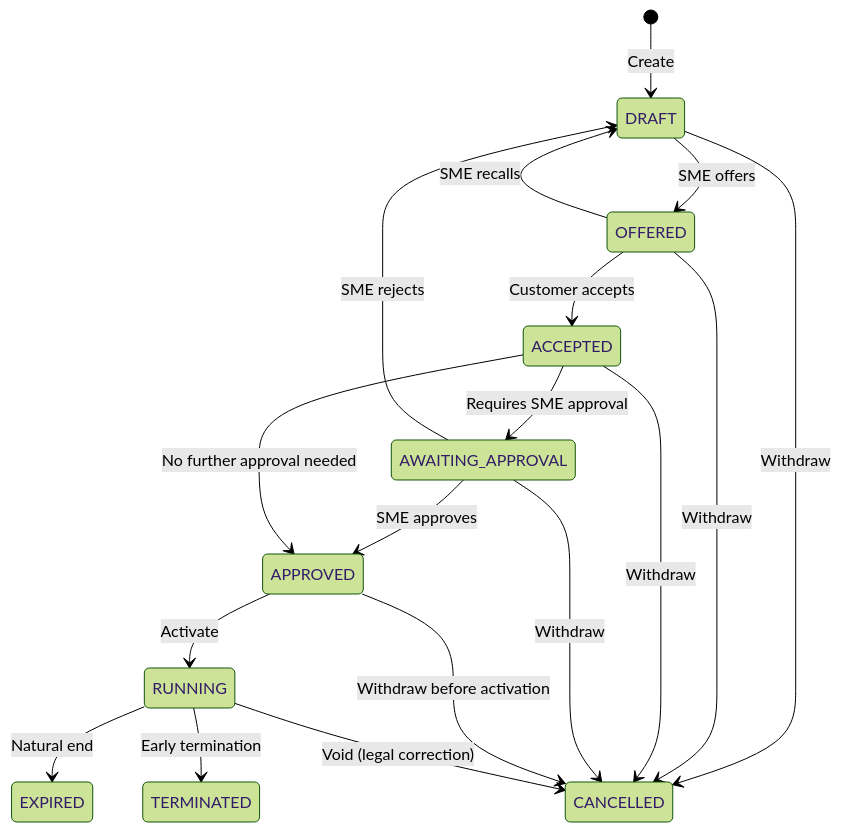
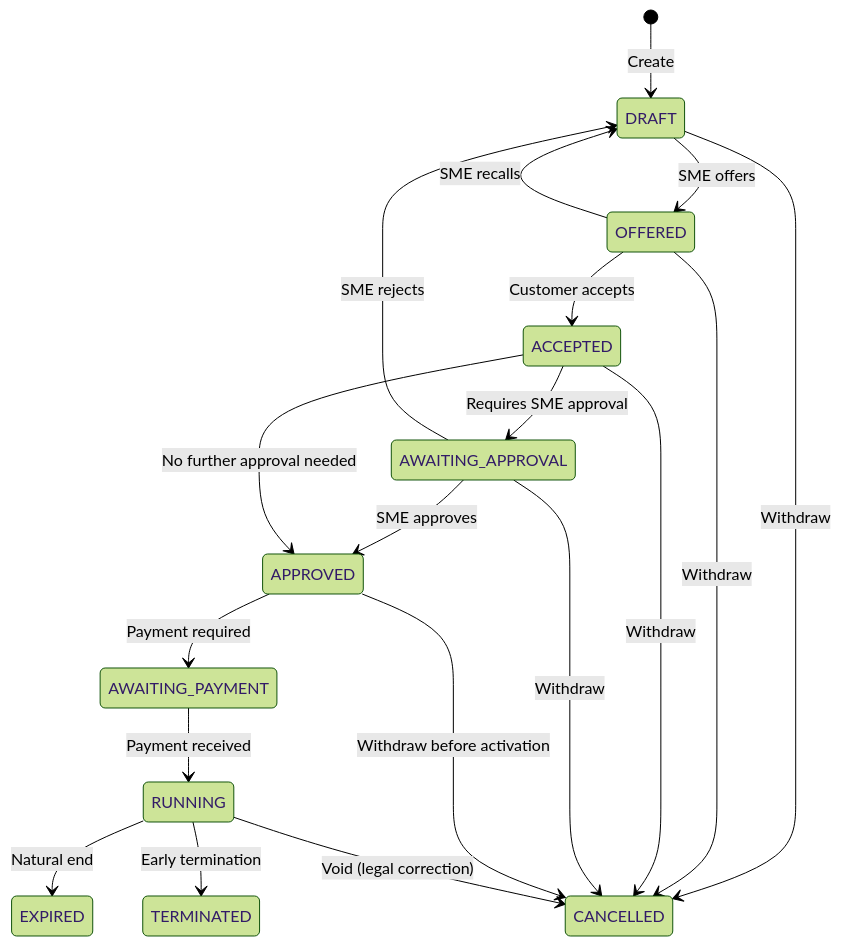
The second of 3 diagrams in docs/DESIGN_OF_CONTRACTS.md (abstratium-dev/abstrapact), drawn with Mermaid (forest theme) before and after one commit. The commit also changed other lines of this file and 11 other files, not shown here.

````diff
--- a/docs/DESIGN_OF_CONTRACTS.md
+++ b/docs/DESIGN_OF_CONTRACTS.md
@@ -187,20 +190,21 @@
 ```mermaid
 stateDiagram-v2
     [*] --> DRAFT : Create
     DRAFT --> OFFERED : SME offers
     OFFERED --> DRAFT : SME recalls
     OFFERED --> ACCEPTED : Customer accepts
     ACCEPTED --> AWAITING_APPROVAL : Requires SME approval
     AWAITING_APPROVAL --> APPROVED : SME approves
     AWAITING_APPROVAL --> DRAFT : SME rejects
     ACCEPTED --> APPROVED : No further approval needed
-    APPROVED --> RUNNING : Activate
+    APPROVED --> AWAITING_PAYMENT : Payment required
+    AWAITING_PAYMENT --> RUNNING : Payment received
     RUNNING --> EXPIRED : Natural end
     RUNNING --> TERMINATED : Early termination
     DRAFT --> CANCELLED : Withdraw
     OFFERED --> CANCELLED : Withdraw
     ACCEPTED --> CANCELLED : Withdraw
     AWAITING_APPROVAL --> CANCELLED : Withdraw
     APPROVED --> CANCELLED : Withdraw before activation
     RUNNING --> CANCELLED : Void (legal correction)
 ```
````
